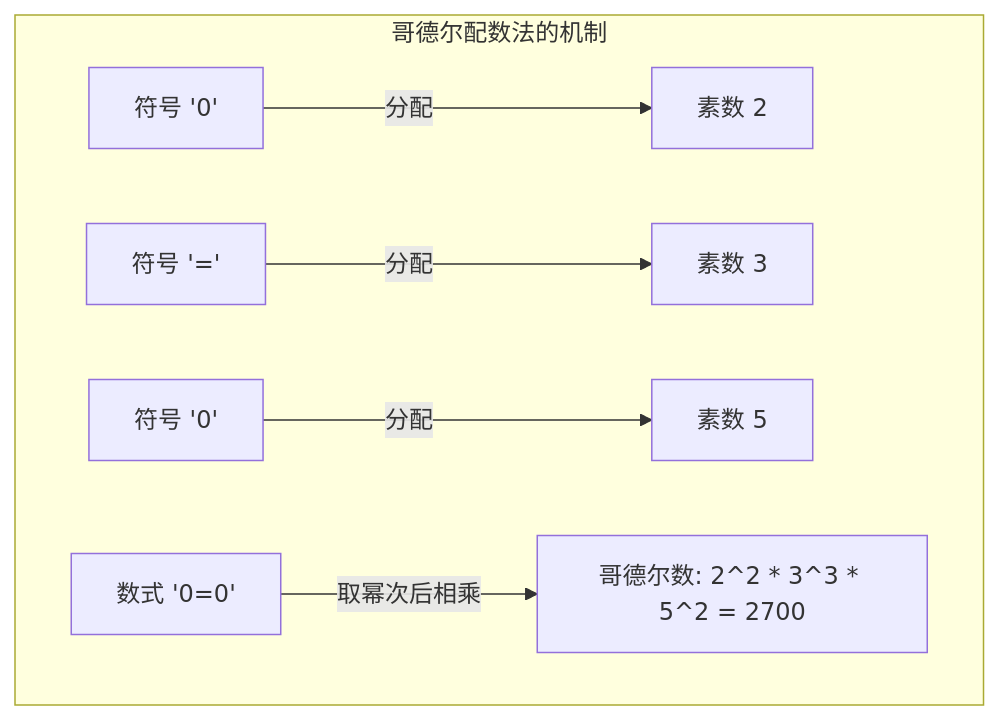
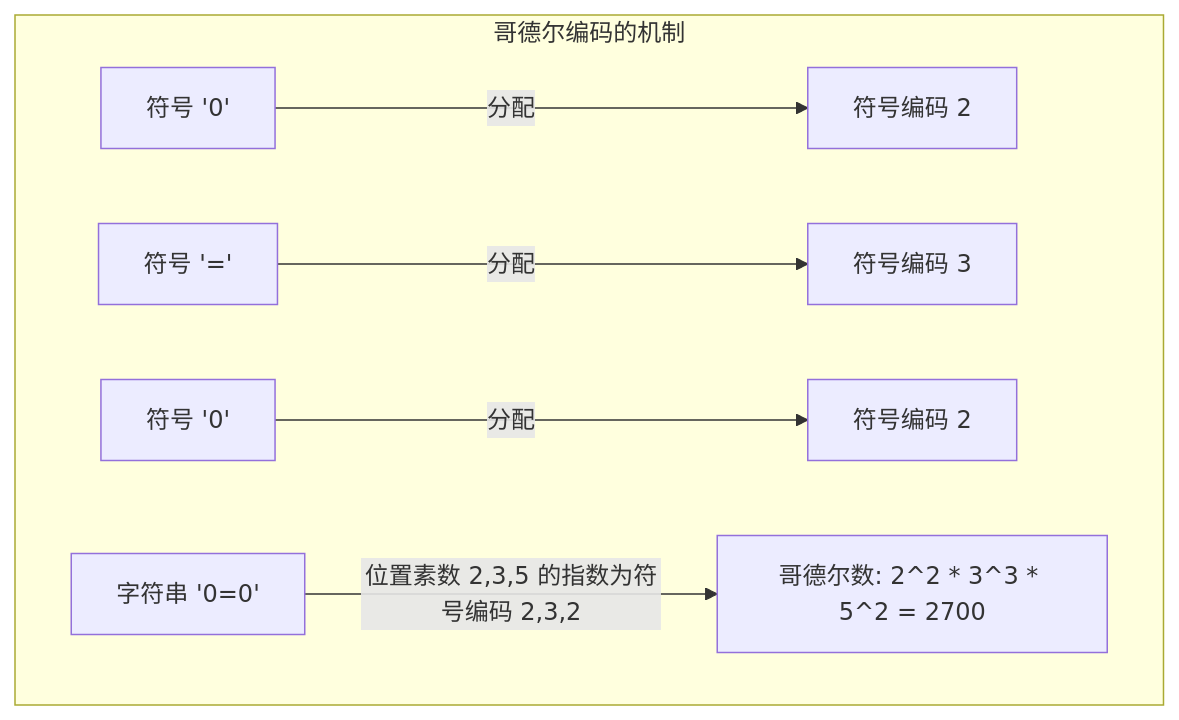
Before and after one commit to kenjinote/blog: the third of 4 diagrams in content/post/godels-incompleteness-theorems/index.zh-cn.md, drawn with Mermaid. The commit also changed other lines of this file and 19 other files, not shown here.

````diff
--- a/content/post/godels-incompleteness-theorems/index.zh-cn.md
+++ b/content/post/godels-incompleteness-theorems/index.zh-cn.md
@@ -97,9 +93,9 @@
 ```mermaid
 graph TD
-    subgraph "哥德尔配数法的机制"
-        S1["符号 '0'"] -->|"分配"| N1["素数 2"]
-        S2["符号 '='"] -->|"分配"| N2["素数 3"]
-        S3["符号 '0'"] -->|"分配"| N3["素数 5"]
-        F["数式 '0=0'"] -->|"取幂次后相乘"| GN["哥德尔数: 2^2 * 3^3 * 5^2 = 2700"]
+    subgraph "哥德尔编码的机制"
+        S1["符号 '0'"] -->|"分配"| N1["符号编码 2"]
+        S2["符号 '='"] -->|"分配"| N2["符号编码 3"]
+        S3["符号 '0'"] -->|"分配"| N3["符号编码 2"]
+        F["字符串 '0=0'"] -->|"位置素数 2,3,5 的指数为符号编码 2,3,2"| GN["哥德尔数: 2^2 * 3^3 * 5^2 = 2700"]
     end
 ```
````
